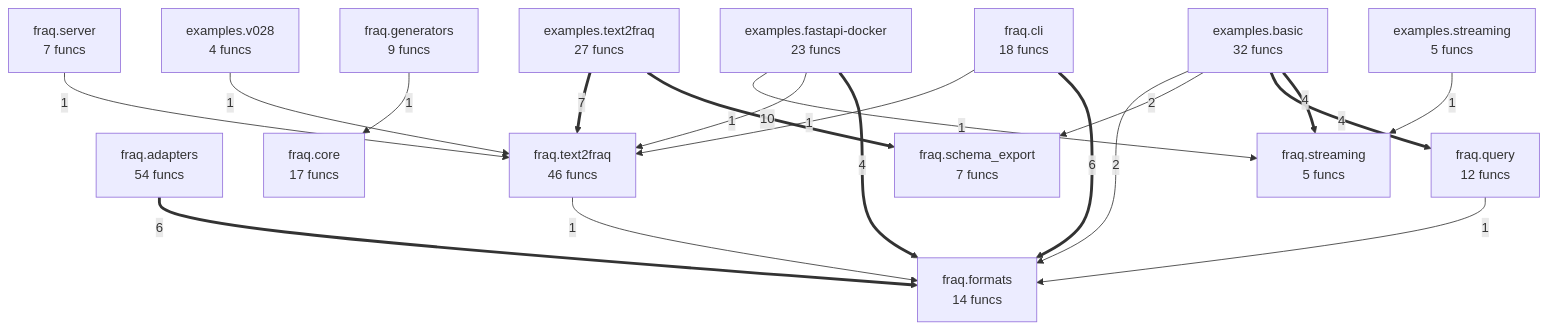
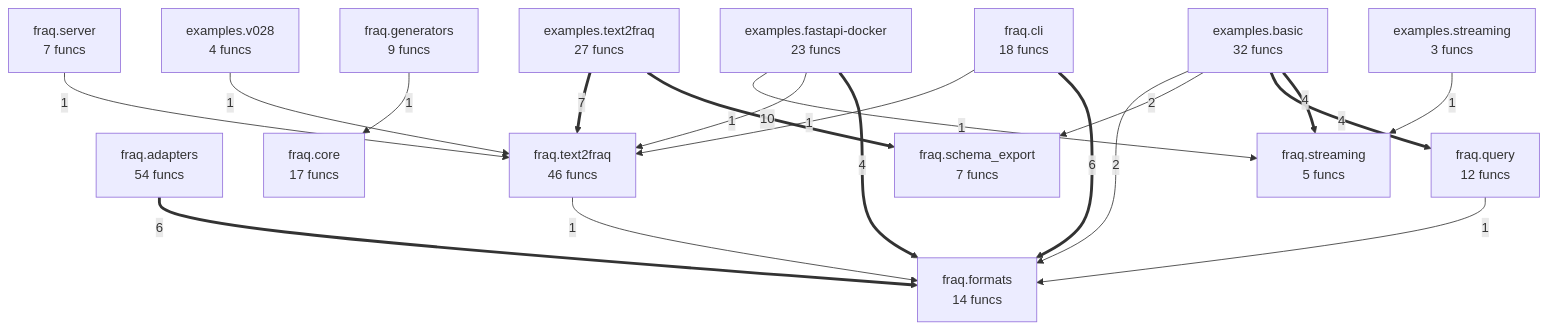
Before and after one commit to wronai/fraq: the diagram in project/compact_flow.mmd, drawn with Mermaid. The commit also changed 28 other files, not shown here.

```diff
--- a/project/compact_flow.mmd
+++ b/project/compact_flow.mmd
@@ -1,34 +1,34 @@
 flowchart TD
     examples_basic["examples.basic<br/>32 funcs"]
     examples_fastapi_docker["examples.fastapi-docker<br/>23 funcs"]
-    examples_streaming["examples.streaming<br/>5 funcs"]
+    examples_streaming["examples.streaming<br/>3 funcs"]
     examples_text2fraq["examples.text2fraq<br/>27 funcs"]
     examples_v028["examples.v028<br/>4 funcs"]
     fraq_adapters["fraq.adapters<br/>54 funcs"]
     fraq_cli["fraq.cli<br/>18 funcs"]
     fraq_core["fraq.core<br/>17 funcs"]
     fraq_formats["fraq.formats<br/>14 funcs"]
     fraq_generators["fraq.generators<br/>9 funcs"]
     fraq_query["fraq.query<br/>12 funcs"]
     fraq_schema_export["fraq.schema_export<br/>7 funcs"]
     fraq_server["fraq.server<br/>7 funcs"]
     fraq_streaming["fraq.streaming<br/>5 funcs"]
     fraq_text2fraq["fraq.text2fraq<br/>46 funcs"]
     examples_text2fraq ==>|10| fraq_schema_export
     examples_text2fraq ==>|7| fraq_text2fraq
     fraq_cli ==>|6| fraq_formats
     fraq_adapters ==>|6| fraq_formats
     examples_fastapi_docker ==>|4| fraq_formats
     examples_basic ==>|4| fraq_streaming
     examples_basic ==>|4| fraq_query
     examples_basic -->|2| fraq_schema_export
     examples_basic -->|2| fraq_formats
     fraq_generators -->|1| fraq_core
     fraq_cli -->|1| fraq_text2fraq
+    examples_streaming -->|1| fraq_streaming
     fraq_query -->|1| fraq_formats
-    examples_streaming -->|1| fraq_streaming
     examples_fastapi_docker -->|1| fraq_text2fraq
     examples_fastapi_docker -->|1| fraq_streaming
     fraq_text2fraq -->|1| fraq_formats
     examples_v028 -->|1| fraq_text2fraq
     fraq_server -->|1| fraq_text2fraq
```
